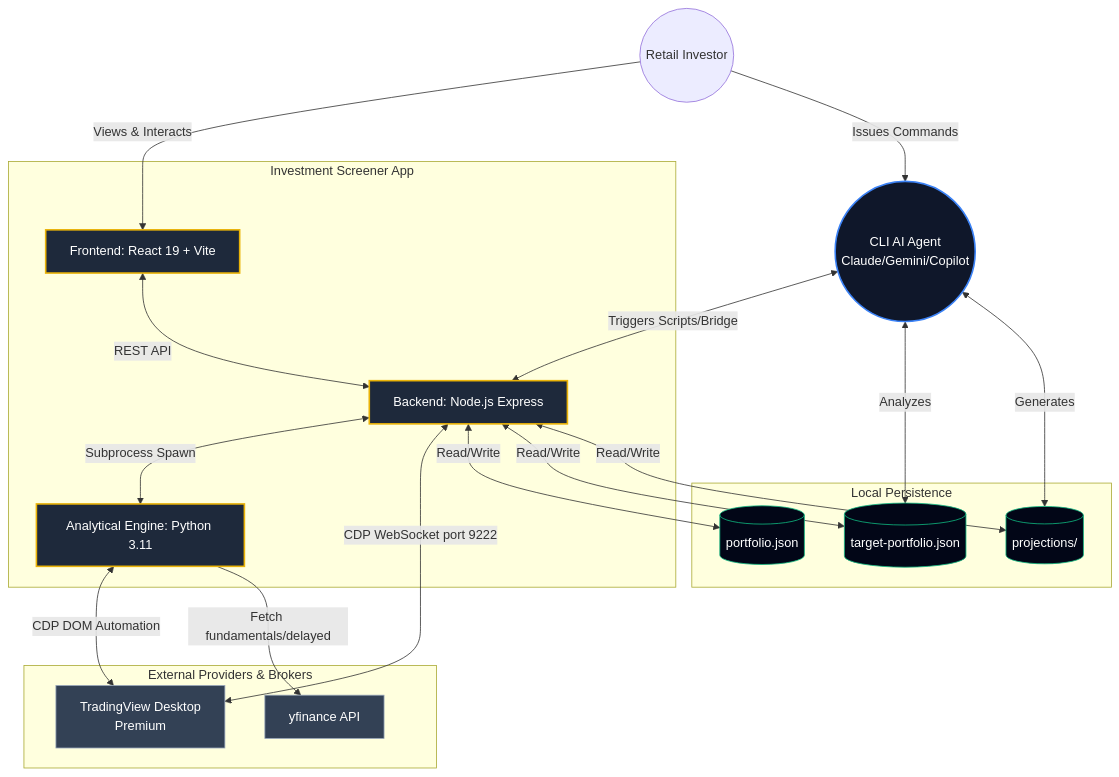
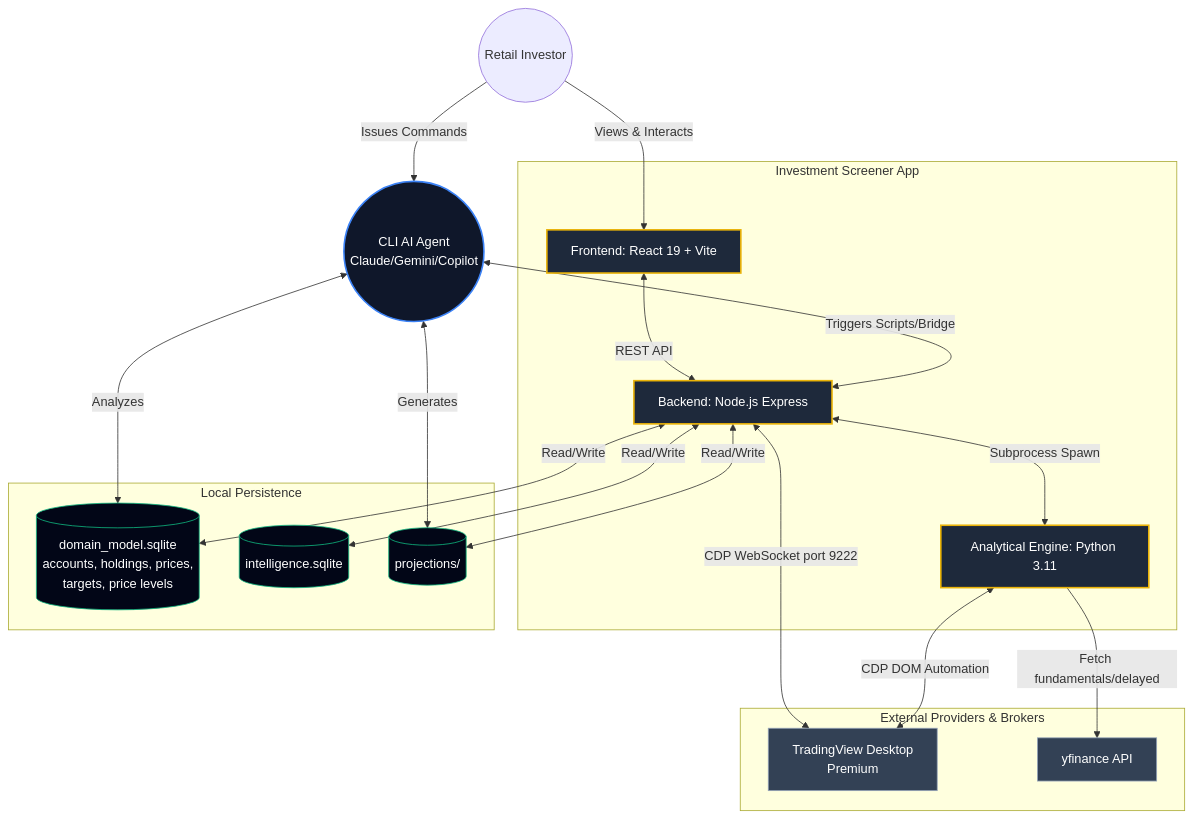
Before and after one commit to richfrem/InvestmentToolkit: the diagram in docs/architecture/system_context.mmd, drawn with Mermaid. The commit also changed 8 other files, not shown here.

First line of the commit message:
docs: refresh docs/architecture for Domain Data Model v3.2 Wave 3

```diff
--- a/docs/architecture/system_context.mmd
+++ b/docs/architecture/system_context.mmd
@@ -1,58 +1,58 @@
 graph TD
     %% Core Users
     User((Retail Investor))
     AIAgent((CLI AI Agent\nClaude/Gemini/Copilot))
 
     %% Frontend & Backend
     subgraph "Investment Screener App"
         UI[Frontend: React 19 + Vite]
         Backend[Backend: Node.js Express]
         PyLayer[Analytical Engine: Python 3.11]
         
         UI <-->|REST API| Backend
         Backend <-->|Subprocess Spawn| PyLayer
     end
 
     %% Data & Execution Sources
     subgraph "External Providers & Brokers"
         TV[TradingView Desktop\nPremium]
         YF[yfinance API]
     end
 
     %% State & Data
     subgraph "Local Persistence"
-        PortfolioDB[(portfolio.json)]
-        TargetDB[(target-portfolio.json)]
+        DomainDB[(domain_model.sqlite\naccounts, holdings, prices,\ntargets, price levels)]
+        IntelligenceDB[(intelligence.sqlite)]
         ProjectionsDB[(projections/)]
     end
 
     %% Interactions
     User -->|Views & Interacts| UI
     User -->|Issues Commands| AIAgent
 
     %% TV Integration
     Backend <-->|CDP WebSocket port 9222| TV
     PyLayer <-->|CDP DOM Automation| TV
 
     %% External Data
     PyLayer -->|Fetch fundamentals/delayed| YF
 
     %% Local DB access
-    Backend <-->|Read/Write| PortfolioDB
-    Backend <-->|Read/Write| TargetDB
+    Backend <-->|Read/Write| DomainDB
+    Backend <-->|Read/Write| IntelligenceDB
     Backend <-->|Read/Write| ProjectionsDB
 
     %% Agent Interactions
     AIAgent <-->|Triggers Scripts/Bridge| Backend
-    AIAgent <-->|Analyzes| TargetDB
+    AIAgent <-->|Analyzes| DomainDB
     AIAgent <-->|Generates| ProjectionsDB
 
     classDef core fill:#1e293b,stroke:#eab308,stroke-width:2px,color:#fff;
     classDef agent fill:#0f172a,stroke:#3b82f6,stroke-width:2px,color:#fff;
     classDef external fill:#334155,stroke:#94a3b8,stroke-width:1px,color:#fff;
     classDef db fill:#020617,stroke:#10b981,stroke-width:1px,color:#fff;
 
     class UI,Backend,PyLayer core;
     class AIAgent agent;
     class TV,YF external;
-    class PortfolioDB,TargetDB,ProjectionsDB db;
+    class DomainDB,IntelligenceDB,ProjectionsDB db;
```
